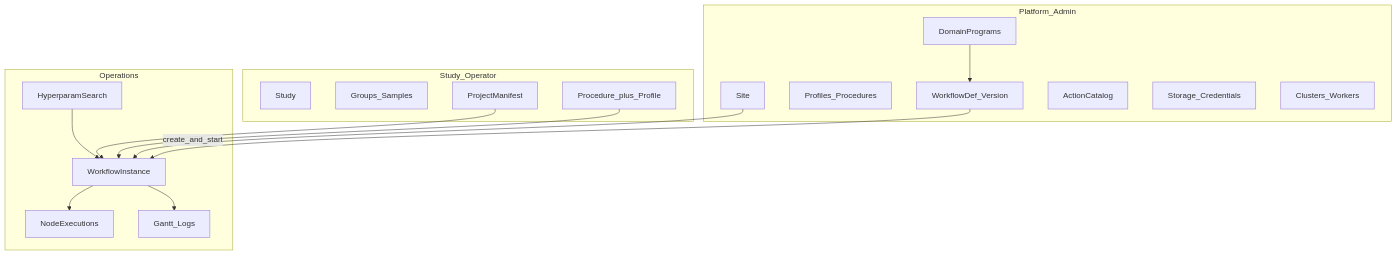
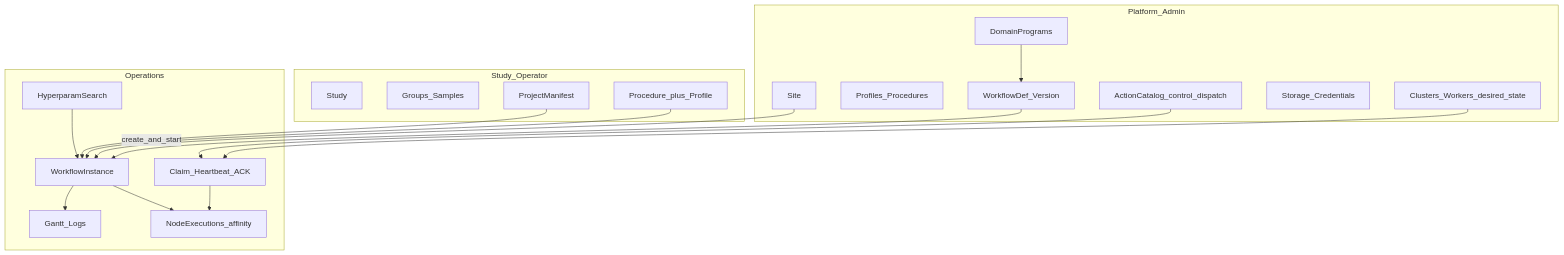
Before and after one commit to Goliath-Research/GoliathWorkflow: the diagram in docs/architecture/portal-ia.md, drawn with Mermaid. The commit also changed other lines of this file and 3 other files, not shown here.

First line of the commit message:
Revise portal IA for fleet Drain/Stop and affinity display.

````diff
--- a/docs/architecture/portal-ia.md
+++ b/docs/architecture/portal-ia.md
@@ -25,32 +29,36 @@
 ```mermaid
 flowchart TB
   subgraph platform [Platform_Admin]
     Site[Site]
     Packs[Profiles_Procedures]
     Programs[DomainPrograms]
     Defs[WorkflowDef_Version]
-    Catalog[ActionCatalog]
+    Catalog[ActionCatalog_control_dispatch]
     Storage[Storage_Credentials]
-    Workers[Clusters_Workers]
+    Fleet[Clusters_Workers_desired_state]
     Programs --> Defs
   end
   subgraph studyFloor [Study_Operator]
     Study[Study]
     Cohorts[Groups_Samples]
     Project[ProjectManifest]
     Binding[Procedure_plus_Profile]
   end
   subgraph ops [Operations]
     Inst[WorkflowInstance]
-    Tasks[NodeExecutions]
+    Tasks[NodeExecutions_affinity]
     HPO[HyperparamSearch]
     Mon[Gantt_Logs]
+    FleetAck[Claim_Heartbeat_ACK]
     Inst --> Tasks
     Inst --> Mon
     HPO --> Inst
+    Fleet --> FleetAck
+    FleetAck --> Tasks
+    Catalog --> FleetAck
   end
   Defs -->|"create_and_start"| Inst
   Binding --> Inst
   Project --> Inst
   Site --> Inst
 ```
````
